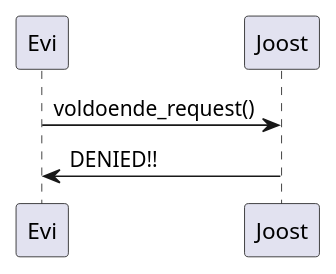
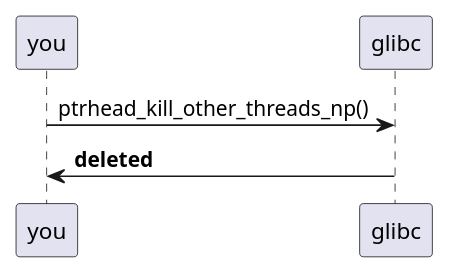
Before and after one commit to iraadit/template_cpp: the first of 2 diagrams in doc/index.rst, drawn with PlantUML.

Commit message:
example sequence diagram is now mature

```diff
--- a/doc/index.rst
+++ b/doc/index.rst
@@ -56,5 +56,5 @@
 .. uml::
-	:caption: Arbitrary caption for arbitrary grading system.
+	:caption: The harsh reality of being a thread.
 
-	Evi -> Joost: voldoende_request()
-	Evi <- Joost: DENIED!!
+	you -> glibc: ptrhead_kill_other_threads_np()
+	you <- glibc: **deleted**
```
